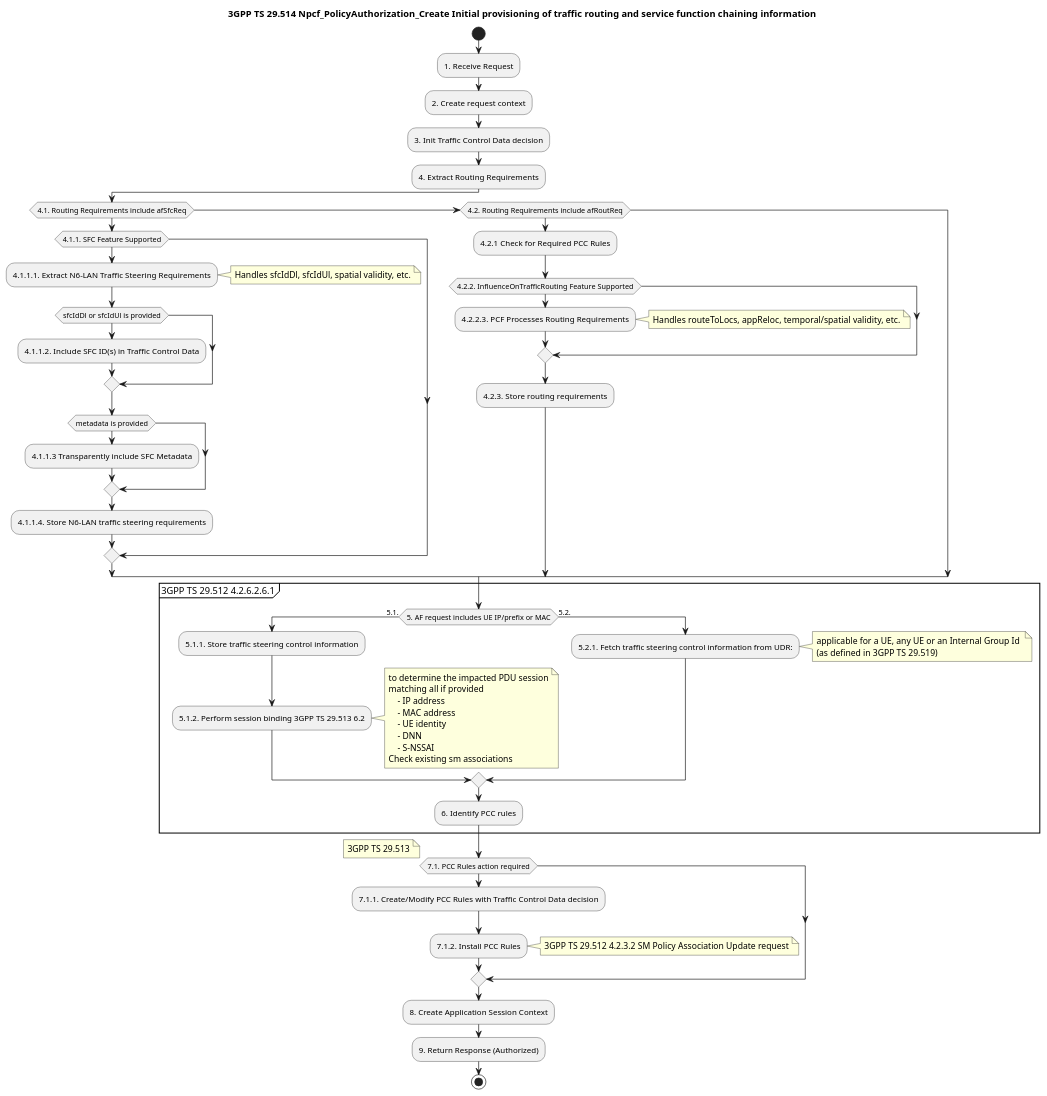
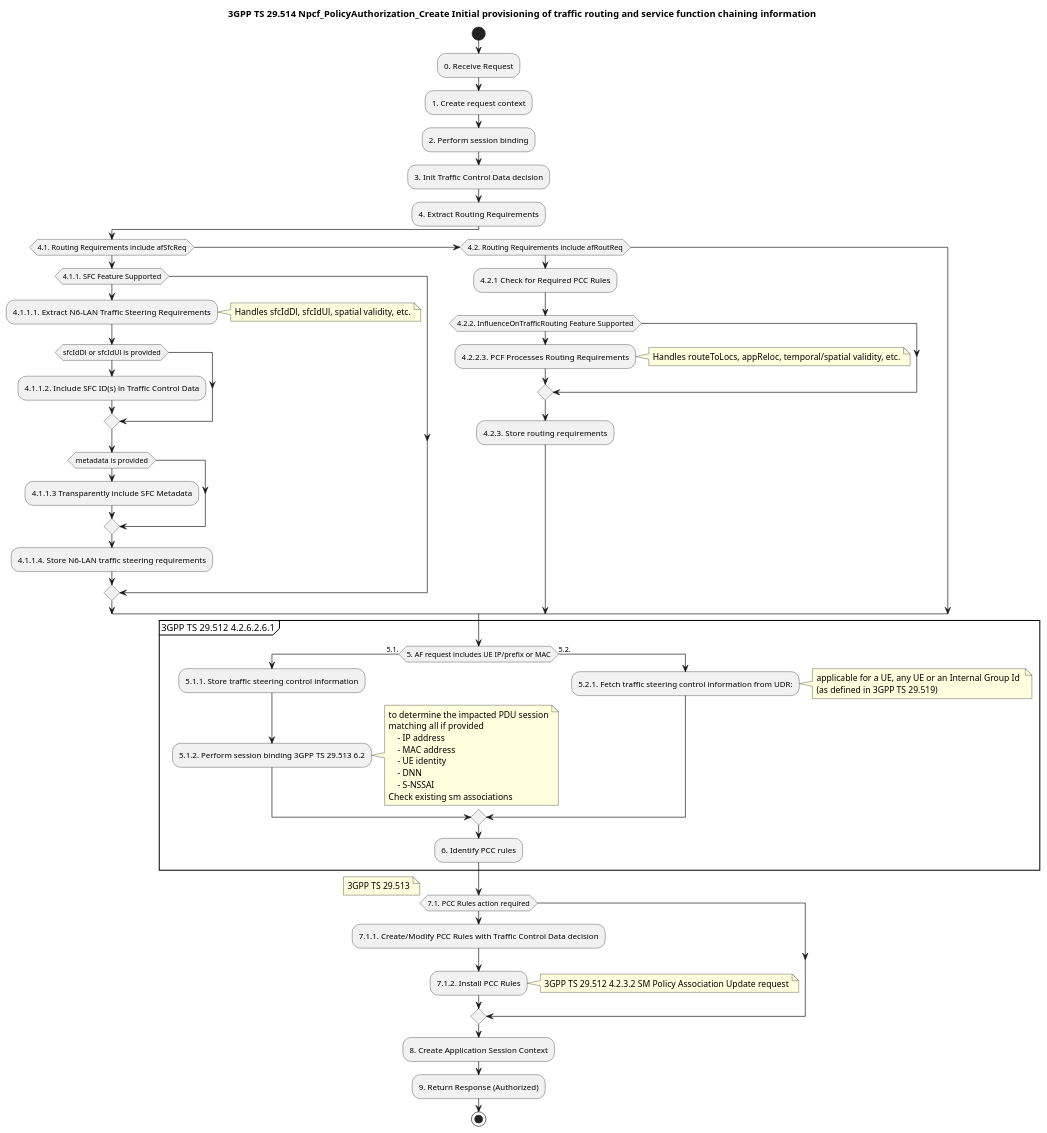
The diagram in docs/diagrams/activity_traffic_routing_and_service_function_chaining.puml (openairinterface/oai-cn5g-pcf), drawn with PlantUML before and after one commit. The commit also changed 16 other files, not shown here.

```diff
--- a/docs/diagrams/activity_traffic_routing_and_service_function_chaining.puml
+++ b/docs/diagrams/activity_traffic_routing_and_service_function_chaining.puml
@@ -1,66 +1,67 @@
 @startuml
 title 3GPP TS 29.514 Npcf_PolicyAuthorization_Create Initial provisioning of traffic routing and service function chaining information
 
 start
 
-:1. Receive Request;
-:2. Create request context;
+:0. Receive Request;
+:1. Create request context;
+:2. Perform session binding;
 :3. Init Traffic Control Data decision;
 :4. Extract Routing Requirements;
 if (4.1. Routing Requirements include afSfcReq) then
     if (4.1.1. SFC Feature Supported) then
       :4.1.1.1. Extract N6-LAN Traffic Steering Requirements;
       note right: Handles sfcIdDl, sfcIdUl, spatial validity, etc.
       if (sfcIdDl or sfcIdUl is provided) then
         :4.1.1.2. Include SFC ID(s) in Traffic Control Data;
       endif
       if (metadata is provided) then
         :4.1.1.3 Transparently include SFC Metadata;
       endif
       :4.1.1.4. Store N6-LAN traffic steering requirements;
     endif
 elseif (4.2. Routing Requirements include afRoutReq) then
     :4.2.1 Check for Required PCC Rules;
     if (4.2.2. InfluenceOnTrafficRouting Feature Supported) then
       :4.2.2.3. PCF Processes Routing Requirements;
       note right: Handles routeToLocs, appReloc, temporal/spatial validity, etc.
     endif
     :4.2.3. Store routing requirements;
 endif
 
 partition "3GPP TS 29.512 4.2.6.2.6.1" {
 if (5. AF request includes UE IP/prefix or MAC) then (5.1.)
     :5.1.1. Store traffic steering control information;
     :5.1.2. Perform session binding 3GPP TS 29.513 6.2;
     note right
     to determine the impacted PDU session
     matching all if provided
         - IP address
         - MAC address
         - UE identity
         - DNN
         - S-NSSAI
     Check existing sm associations
     end note
 else (5.2.)
     :5.2.1. Fetch traffic steering control information from UDR:;
     note right
     applicable for a UE, any UE or an Internal Group Id 
     (as defined in 3GPP TS 29.519)
     end note
 endif
 :6. Identify PCC rules;
 }
 
 if (7.1. PCC Rules action required) then
     note left: 3GPP TS 29.513
     ''' Where should this logic go
     :7.1.1. Create/Modify PCC Rules with Traffic Control Data decision;
     :7.1.2. Install PCC Rules;
     note right: 3GPP TS 29.512 4.2.3.2 SM Policy Association Update request
 endif
 :8. Create Application Session Context;
 :9. Return Response (Authorized);
 
 stop
 @enduml
```
